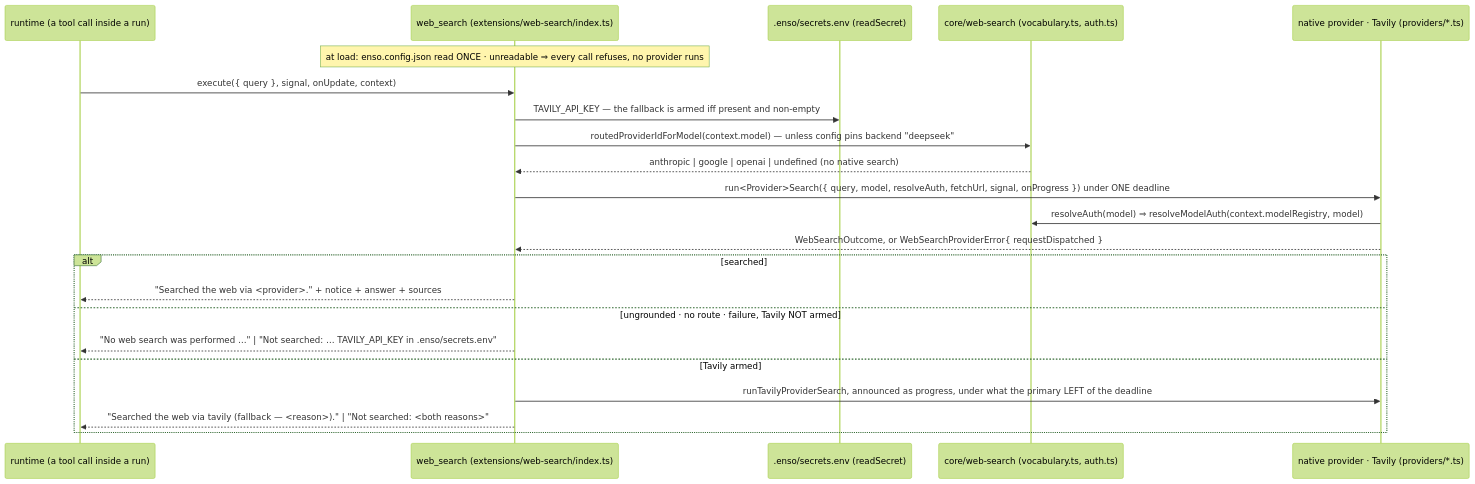
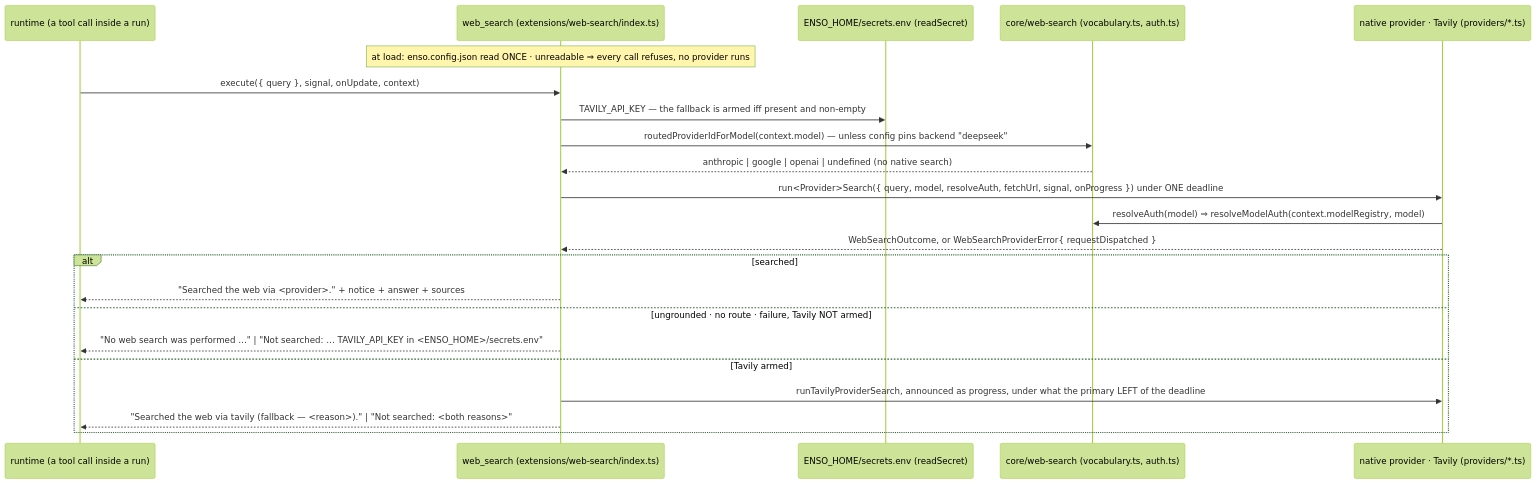
The diagram in docs/flows/web-search-call.md (dopamine911/enso-harness), drawn with Mermaid (forest theme) before and after one commit. The commit also changed other lines of this file and 34 other files, not shown here.

````diff
--- a/docs/flows/web-search-call.md
+++ b/docs/flows/web-search-call.md
@@ -13,25 +13,25 @@
 ```mermaid
 sequenceDiagram
   participant R as runtime (a tool call inside a run)
   participant X as web_search (extensions/web-search/index.ts)
-  participant S as .enso/secrets.env (readSecret)
+  participant S as ENSO_HOME/secrets.env (readSecret)
   participant V as core/web-search (vocabulary.ts, auth.ts)
   participant P as native provider · Tavily (providers/*.ts)
 
   Note over X: at load: enso.config.json read ONCE · unreadable ⇒ every call refuses, no provider runs
   R->>X: execute({ query }, signal, onUpdate, context)
   X->>S: TAVILY_API_KEY — the fallback is armed iff present and non-empty
   X->>V: routedProviderIdForModel(context.model) — unless config pins backend "deepseek"
   V-->>X: anthropic | google | openai | undefined (no native search)
   X->>P: run<Provider>Search({ query, model, resolveAuth, fetchUrl, signal, onProgress }) under ONE deadline
   P->>V: resolveAuth(model) ⇒ resolveModelAuth(context.modelRegistry, model)
   P-->>X: WebSearchOutcome, or WebSearchProviderError{ requestDispatched }
   alt searched
     X-->>R: "Searched the web via <provider>." + notice + answer + sources
   else ungrounded · no route · failure, Tavily NOT armed
-    X-->>R: "No web search was performed …" | "Not searched: … TAVILY_API_KEY in .enso/secrets.env"
+    X-->>R: "No web search was performed …" | "Not searched: … TAVILY_API_KEY in <ENSO_HOME>/secrets.env"
   else Tavily armed
     X->>P: runTavilyProviderSearch, announced as progress, under what the primary LEFT of the deadline
     X-->>R: "Searched the web via tavily (fallback — <reason>)." | "Not searched: <both reasons>"
   end
 ```
````
